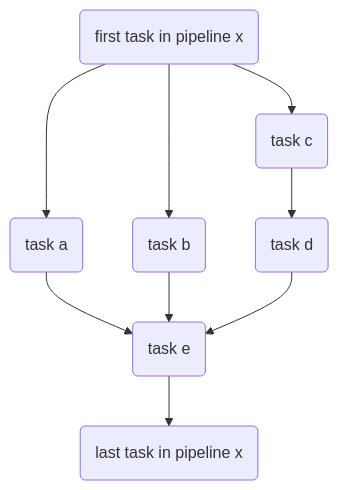
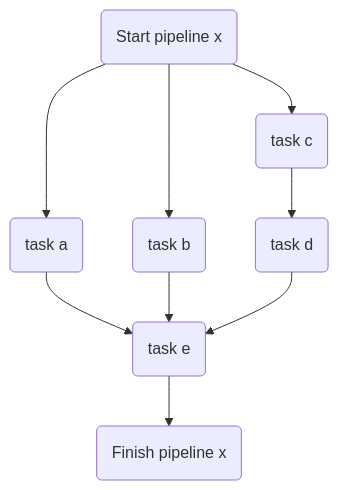
Before and after one commit to Ensono/taskctl: the diagram in docs/ci-generator.md, drawn with Mermaid. The commit also changed other lines of this file and 13 other files, not shown here.

````diff
--- a/docs/ci-generator.md
+++ b/docs/ci-generator.md
@@ -11,11 +11,11 @@
 ```mermaid
 flowchart TD
-    A(first task in pipeline x) --> B(task a)
+    A(Start pipeline x) --> B(task a)
     A --> C(task b)
     A --> D(task c)
     B --> E(task e)
     C --> E(task e)
     D --> F(task d)
     F --> E
-    E --> X(last task in pipeline x)
+    E --> X(Finish pipeline x)
 ```
````
